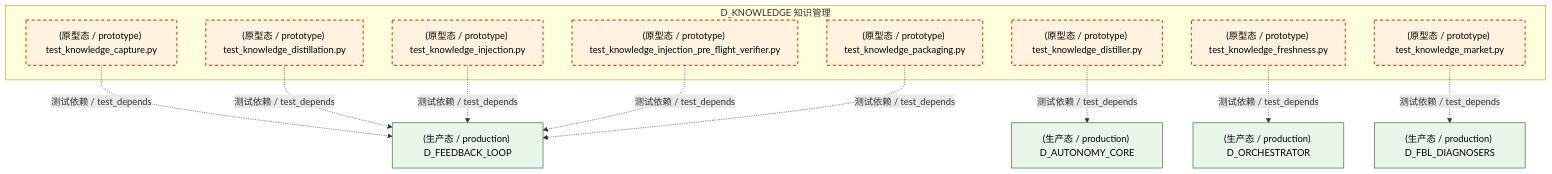
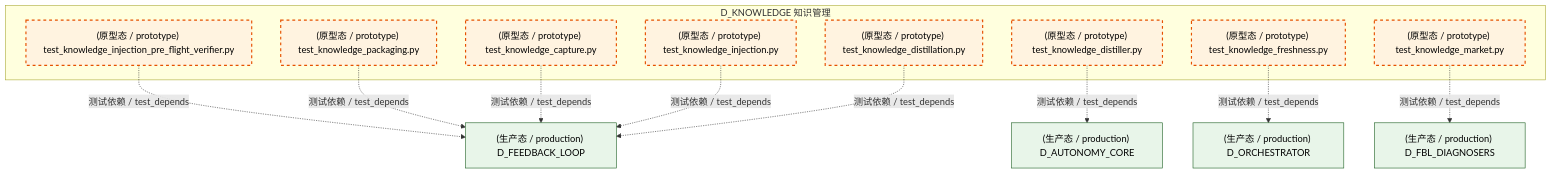
One commit to xuanFelixVan/ZephyrAlpha changed the second of 5 diagrams in docs/02_enterprise_architecture/02_domain_architecture_docs/48_d_knowledge.md. Above: the diagram before and after it, drawn with Mermaid. The commit also changed other lines of this file and 126 other files, not shown here.

````diff
--- a/docs/02_enterprise_architecture/02_domain_architecture_docs/48_d_knowledge.md
+++ b/docs/02_enterprise_architecture/02_domain_architecture_docs/48_d_knowledge.md
@@ -174,31 +176,31 @@
 ```mermaid
 graph TD
     subgraph D_KNOWLEDGE["D_KNOWLEDGE 知识管理"]
         tests_knowledge_engine_test_knowledge_capture_py["(原型态 / prototype) test_knowledge_capture.py"]
         tests_knowledge_engine_test_knowledge_distillation_py["(原型态 / prototype) test_knowledge_distillation.py"]
         tests_knowledge_engine_test_knowledge_distiller_py["(原型态 / prototype) test_knowledge_distiller.py"]
         tests_knowledge_engine_test_knowledge_freshness_py["(原型态 / prototype) test_knowledge_freshness.py"]
         tests_knowledge_engine_test_knowledge_injection_py["(原型态 / prototype) test_knowledge_injection.py"]
         tests_knowledge_engine_test_knowledge_injection_pre_flight_verifier_py["(原型态 / prototype) test_knowledge_injection_pre_flight_verifier.py"]
         tests_knowledge_engine_test_knowledge_market_py["(原型态 / prototype) test_knowledge_market.py"]
         tests_knowledge_engine_test_knowledge_packaging_py["(原型态 / prototype) test_knowledge_packaging.py"]
     end
     D_FEEDBACK_LOOP["(生产态 / production) D_FEEDBACK_LOOP"]
-    tests_knowledge_engine_test_knowledge_capture_py -.->|测试依赖 / test_depends| D_FEEDBACK_LOOP
-    tests_knowledge_engine_test_knowledge_distillation_py -.->|测试依赖 / test_depends| D_FEEDBACK_LOOP
-    D_AUTONOMY_CORE["(生产态 / production) D_AUTONOMY_CORE"]
-    tests_knowledge_engine_test_knowledge_distiller_py -.->|测试依赖 / test_depends| D_AUTONOMY_CORE
-    D_ORCHESTRATOR["(生产态 / production) D_ORCHESTRATOR"]
-    tests_knowledge_engine_test_knowledge_freshness_py -.->|测试依赖 / test_depends| D_ORCHESTRATOR
-    tests_knowledge_engine_test_knowledge_injection_py -.->|测试依赖 / test_depends| D_FEEDBACK_LOOP
     tests_knowledge_engine_test_knowledge_injection_pre_flight_verifier_py -.->|测试依赖 / test_depends| D_FEEDBACK_LOOP
     D_FBL_DIAGNOSERS["(生产态 / production) D_FBL_DIAGNOSERS"]
     tests_knowledge_engine_test_knowledge_market_py -.->|测试依赖 / test_depends| D_FBL_DIAGNOSERS
     tests_knowledge_engine_test_knowledge_packaging_py -.->|测试依赖 / test_depends| D_FEEDBACK_LOOP
+    tests_knowledge_engine_test_knowledge_capture_py -.->|测试依赖 / test_depends| D_FEEDBACK_LOOP
+    D_ORCHESTRATOR["(生产态 / production) D_ORCHESTRATOR"]
+    tests_knowledge_engine_test_knowledge_freshness_py -.->|测试依赖 / test_depends| D_ORCHESTRATOR
+    tests_knowledge_engine_test_knowledge_injection_py -.->|测试依赖 / test_depends| D_FEEDBACK_LOOP
+    tests_knowledge_engine_test_knowledge_distillation_py -.->|测试依赖 / test_depends| D_FEEDBACK_LOOP
+    D_AUTONOMY_CORE["(生产态 / production) D_AUTONOMY_CORE"]
+    tests_knowledge_engine_test_knowledge_distiller_py -.->|测试依赖 / test_depends| D_AUTONOMY_CORE
     classDef production fill:#e1f5fe,stroke:#01579b,stroke-width:2px,color:#000
     classDef design fill:#fff3e0,stroke:#e65100,stroke-width:2px,color:#000,stroke-dasharray: 5 5
     classDef external_prod fill:#e8f5e9,stroke:#1b5e20,stroke-width:1px,color:#000
     classDef external_design fill:#fce4ec,stroke:#880e4f,stroke-width:1px,color:#000,stroke-dasharray: 5 5
     class tests_knowledge_engine_test_knowledge_capture_py,tests_knowledge_engine_test_knowledge_distillation_py,tests_knowledge_engine_test_knowledge_distiller_py,tests_knowledge_engine_test_knowledge_freshness_py,tests_knowledge_engine_test_knowledge_injection_py,tests_knowledge_engine_test_knowledge_injection_pre_flight_verifier_py,tests_knowledge_engine_test_knowledge_market_py,tests_knowledge_engine_test_knowledge_packaging_py design
-    class D_FEEDBACK_LOOP,D_AUTONOMY_CORE,D_ORCHESTRATOR,D_FBL_DIAGNOSERS external_prod
+    class D_FEEDBACK_LOOP,D_FBL_DIAGNOSERS,D_ORCHESTRATOR,D_AUTONOMY_CORE external_prod
 ```
````
